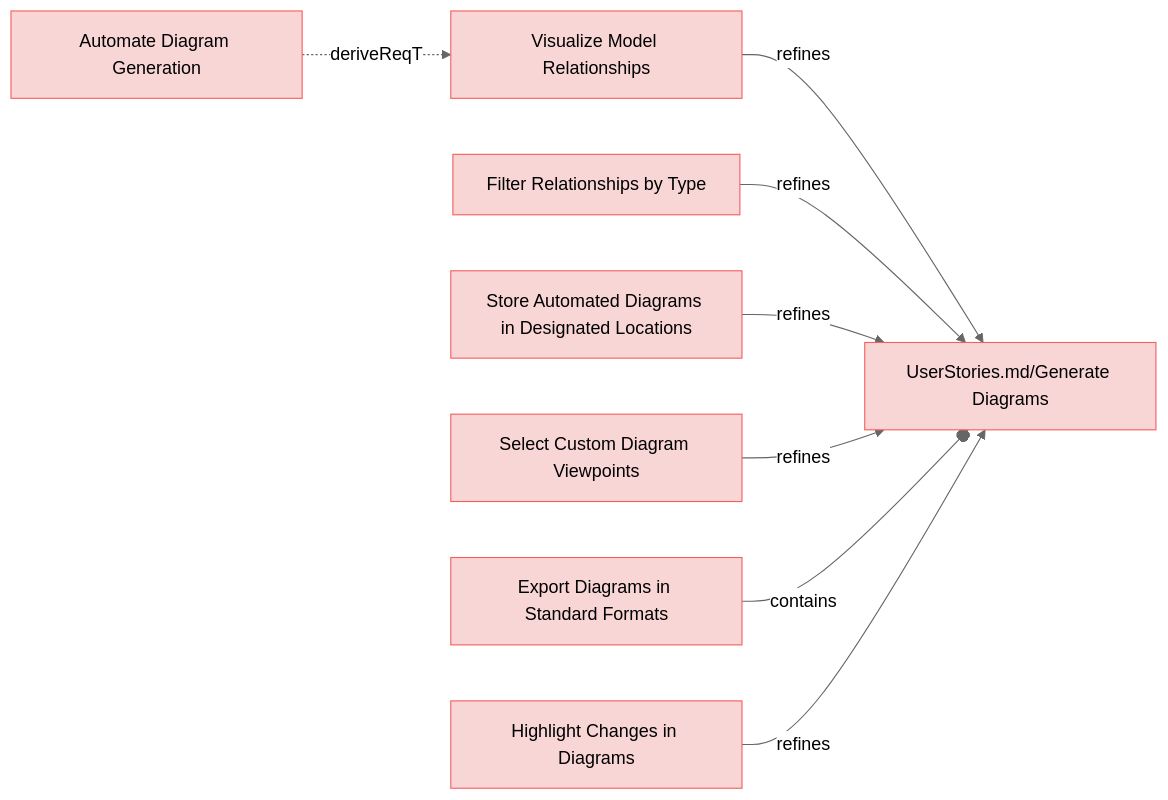
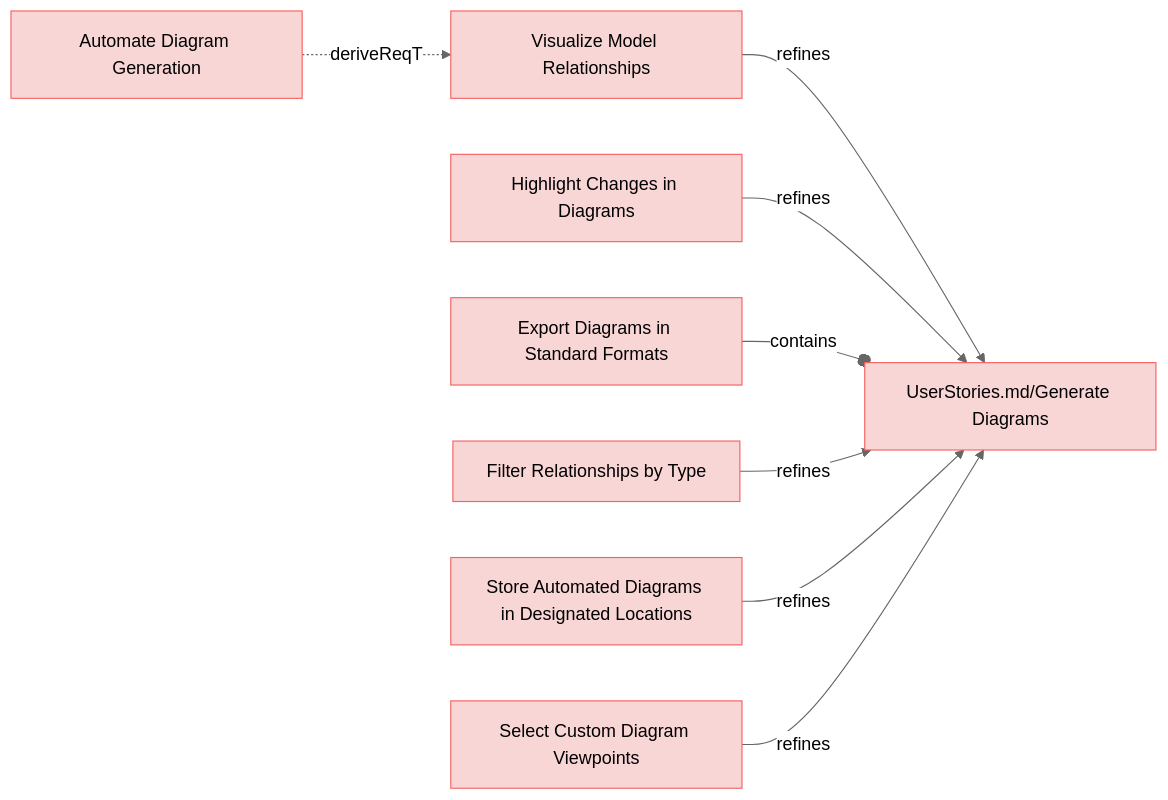
The first of 9 diagrams in specifications/UserRequirements.md (reqvire-org/reqvire), drawn with Mermaid (neutral theme) before and after one commit. The commit also changed other lines of this file and 56 other files, not shown here.

````diff
--- a/specifications/UserRequirements.md
+++ b/specifications/UserRequirements.md
@@ -4,40 +4,40 @@
 ```mermaid
 graph LR;
   %% Graph styling
   classDef requirement fill:#f9d6d6,stroke:#f55f5f,stroke-width:1px;
   classDef verification fill:#d6f9d6,stroke:#5fd75f,stroke-width:1px;
   classDef externalLink fill:#d0e0ff,stroke:#3080ff,stroke-width:1px;
   classDef default fill:#f5f5f5,stroke:#333333,stroke-width:1px;
 
-  81f9235dedaea6a9["Automate Diagram Generation"];
-  click 81f9235dedaea6a9 "https://github.com/ilijaljubicic/ReqFlow/blob/a94231473c9a4a56fe21608ebd13787e0cc3f2dc/specifications/UserRequirements.md#automate-diagram-generation";
-  class 81f9235dedaea6a9 requirement;
   a6a836283607bf45["Visualize Model Relationships"];
+  click a6a836283607bf45 "https://github.com/ilijaljubicic/ReqFlow/blob/29a17f176519a28e973567d4102beb95f41075ed/specifications/UserRequirements.md#visualize-model-relationships";
   class a6a836283607bf45 requirement;
-  click a6a836283607bf45 "https://github.com/ilijaljubicic/ReqFlow/blob/a94231473c9a4a56fe21608ebd13787e0cc3f2dc/specifications/UserRequirements.md#visualize-model-relationships";
-  81f9235dedaea6a9 -.->|deriveReqT| a6a836283607bf45;
   cf0026c2feeb1e0f["UserStories.md/Generate Diagrams"];
   class cf0026c2feeb1e0f requirement;
-  click cf0026c2feeb1e0f "https://github.com/ilijaljubicic/ReqFlow/blob/a94231473c9a4a56fe21608ebd13787e0cc3f2dc/specifications/UserStories.md#generate-diagrams";
+  click cf0026c2feeb1e0f "https://github.com/ilijaljubicic/ReqFlow/blob/29a17f176519a28e973567d4102beb95f41075ed/specifications/UserStories.md#generate-diagrams";
   a6a836283607bf45 -->|refines| cf0026c2feeb1e0f;
+  fd7388e379372d7b["Highlight Changes in Diagrams"];
+  click fd7388e379372d7b "https://github.com/ilijaljubicic/ReqFlow/blob/29a17f176519a28e973567d4102beb95f41075ed/specifications/UserRequirements.md#highlight-changes-in-diagrams";
+  class fd7388e379372d7b requirement;
+  fd7388e379372d7b -->|refines| cf0026c2feeb1e0f;
+  10c00a1bd12fefa5["Export Diagrams in Standard Formats"];
+  click 10c00a1bd12fefa5 "https://github.com/ilijaljubicic/ReqFlow/blob/29a17f176519a28e973567d4102beb95f41075ed/specifications/UserRequirements.md#export-diagrams-in-standard-formats";
+  class 10c00a1bd12fefa5 requirement;
+  10c00a1bd12fefa5 --o|contains| cf0026c2feeb1e0f;
   30d97803eba68a13["Filter Relationships by Type"];
-  click 30d97803eba68a13 "https://github.com/ilijaljubicic/ReqFlow/blob/a94231473c9a4a56fe21608ebd13787e0cc3f2dc/specifications/UserRequirements.md#filter-relationships-by-type";
+  click 30d97803eba68a13 "https://github.com/ilijaljubicic/ReqFlow/blob/29a17f176519a28e973567d4102beb95f41075ed/specifications/UserRequirements.md#filter-relationships-by-type";
   class 30d97803eba68a13 requirement;
   30d97803eba68a13 -->|refines| cf0026c2feeb1e0f;
+  81f9235dedaea6a9["Automate Diagram Generation"];
+  click 81f9235dedaea6a9 "https://github.com/ilijaljubicic/ReqFlow/blob/29a17f176519a28e973567d4102beb95f41075ed/specifications/UserRequirements.md#automate-diagram-generation";
+  class 81f9235dedaea6a9 requirement;
+  81f9235dedaea6a9 -.->|deriveReqT| a6a836283607bf45;
   aee397f35b867556["Store Automated Diagrams in Designated Locations"];
-  click aee397f35b867556 "https://github.com/ilijaljubicic/ReqFlow/blob/a94231473c9a4a56fe21608ebd13787e0cc3f2dc/specifications/UserRequirements.md#store-automated-diagrams-in-designated-locations";
+  click aee397f35b867556 "https://github.com/ilijaljubicic/ReqFlow/blob/29a17f176519a28e973567d4102beb95f41075ed/specifications/UserRequirements.md#store-automated-diagrams-in-designated-locations";
   class aee397f35b867556 requirement;
   aee397f35b867556 -->|refines| cf0026c2feeb1e0f;
   30053341d874971a["Select Custom Diagram Viewpoints"];
-  click 30053341d874971a "https://github.com/ilijaljubicic/ReqFlow/blob/a94231473c9a4a56fe21608ebd13787e0cc3f2dc/specifications/UserRequirements.md#select-custom-diagram-viewpoints";
+  click 30053341d874971a "https://github.com/ilijaljubicic/ReqFlow/blob/29a17f176519a28e973567d4102beb95f41075ed/specifications/UserRequirements.md#select-custom-diagram-viewpoints";
   class 30053341d874971a requirement;
   30053341d874971a -->|refines| cf0026c2feeb1e0f;
-  10c00a1bd12fefa5["Export Diagrams in Standard Formats"];
-  click 10c00a1bd12fefa5 "https://github.com/ilijaljubicic/ReqFlow/blob/a94231473c9a4a56fe21608ebd13787e0cc3f2dc/specifications/UserRequirements.md#export-diagrams-in-standard-formats";
-  class 10c00a1bd12fefa5 requirement;
-  10c00a1bd12fefa5 --o|contains| cf0026c2feeb1e0f;
-  fd7388e379372d7b["Highlight Changes in Diagrams"];
-  click fd7388e379372d7b "https://github.com/ilijaljubicic/ReqFlow/blob/a94231473c9a4a56fe21608ebd13787e0cc3f2dc/specifications/UserRequirements.md#highlight-changes-in-diagrams";
-  class fd7388e379372d7b requirement;
-  fd7388e379372d7b -->|refines| cf0026c2feeb1e0f;
 ```
````
